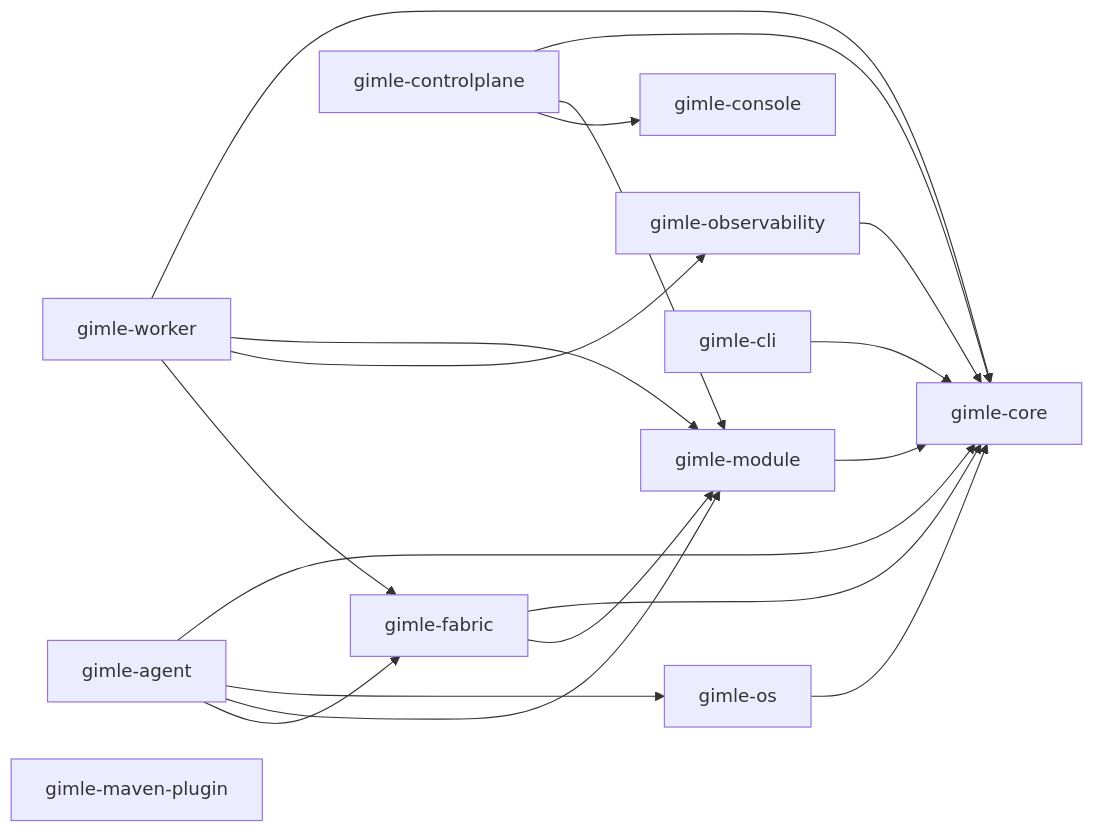
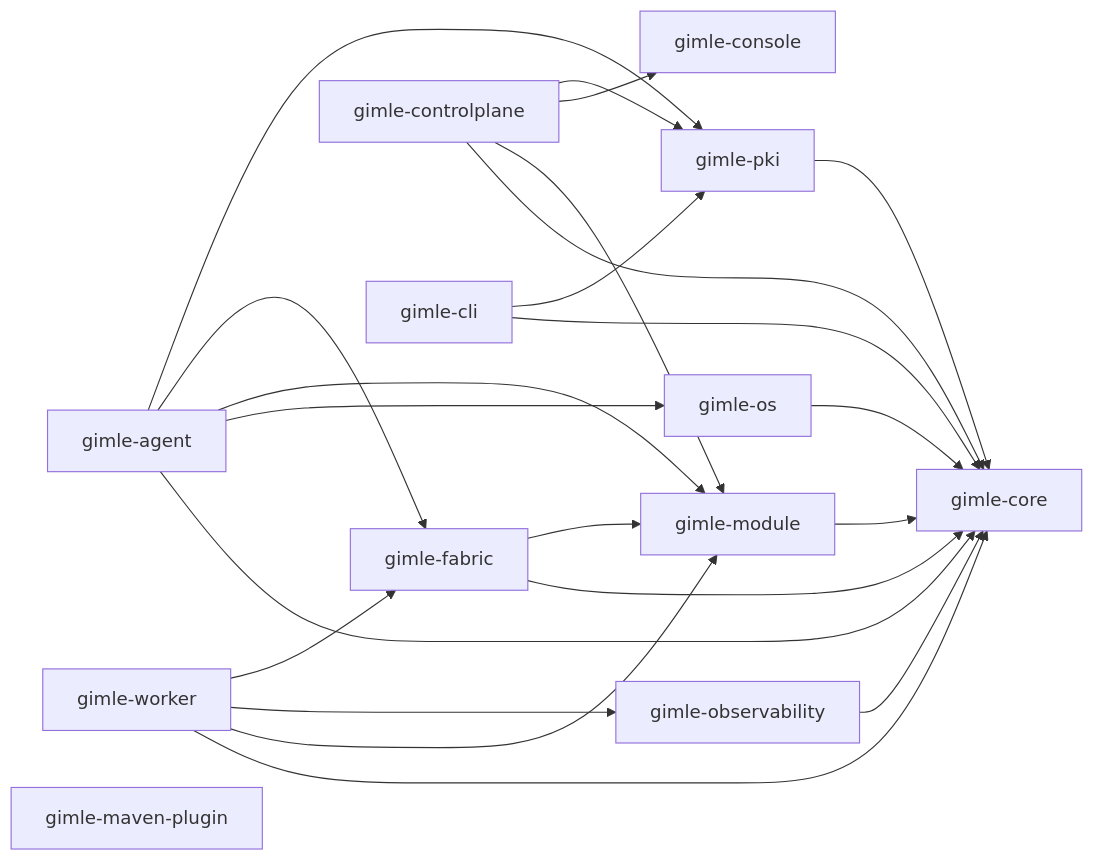
Before and after one commit to ghiloufibg/gimle: the diagram in gimle-docs/docs/contributing/project-structure.md, drawn with Mermaid. The commit also changed other lines of this file and 36 other files, not shown here.

First line of the commit message:
feat(tls): add node-bootstrap CSR flow, operator approval, and rotation

````diff
--- a/gimle-docs/docs/contributing/project-structure.md
+++ b/gimle-docs/docs/contributing/project-structure.md
@@ -16,22 +16,26 @@
 ```mermaid
 graph LR
     core[gimle-core]
     module[gimle-module] --> core
     os[gimle-os] --> core
     observability[gimle-observability] --> core
     fabric[gimle-fabric] --> core
     fabric --> module
+    pki[gimle-pki] --> core
     worker[gimle-worker] --> core
     worker --> module
     worker --> observability
     worker --> fabric
     agent[gimle-agent] --> core
     agent --> os
     agent --> module
     agent --> fabric
+    agent --> pki
     controlplane[gimle-controlplane] --> core
     controlplane --> module
     controlplane --> console[gimle-console]
+    controlplane --> pki
     cli[gimle-cli] --> core
+    cli --> pki
     mavenplugin[gimle-maven-plugin]
 ```
````
